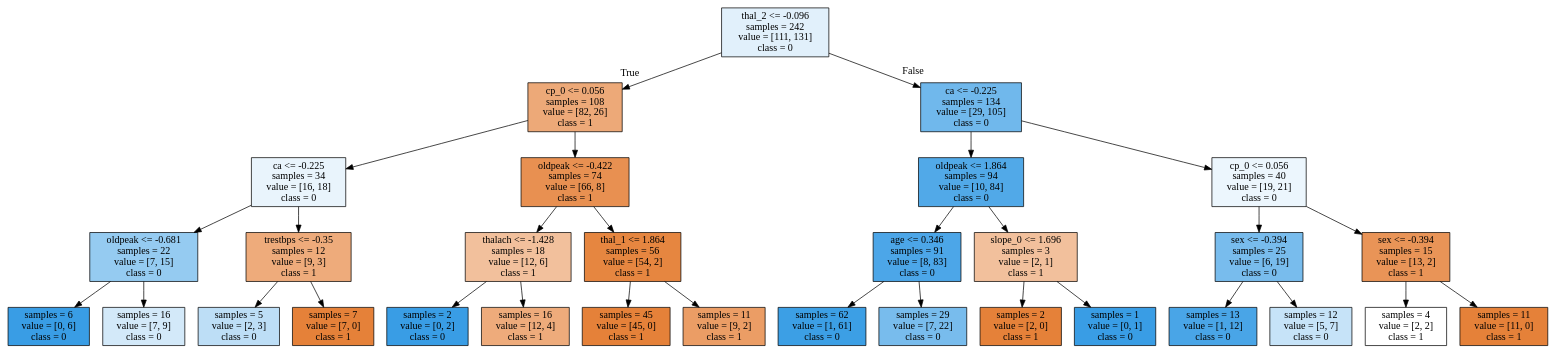
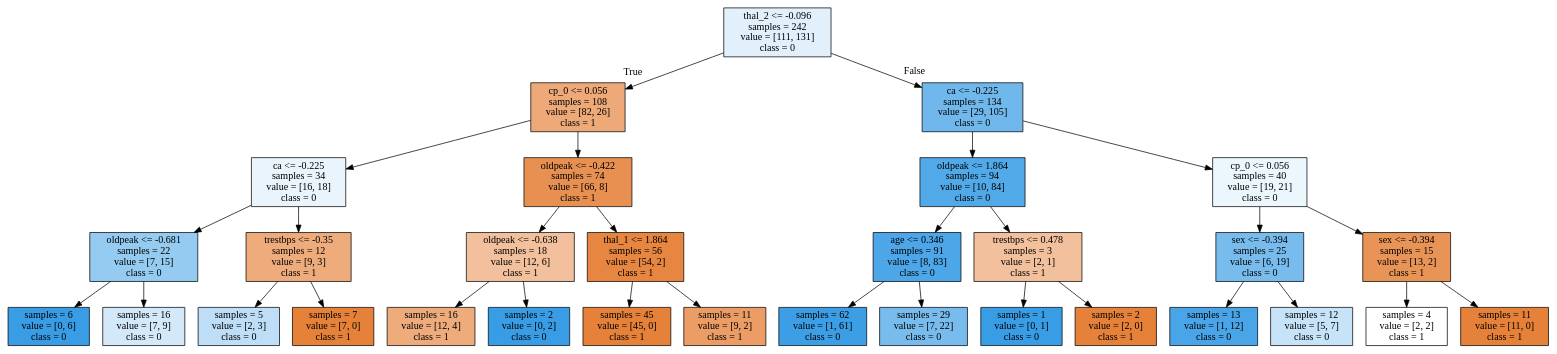
Before and after one commit to tuncergurel/heartdisease: the diagram in dt.gv, drawn with Graphviz. The commit also changed 2 other files, not shown here.

```diff
--- a/dt.gv
+++ b/dt.gv
@@ -1,64 +1,64 @@
 digraph Tree {
 node [shape=box, style="filled", color="black"] ;
 0 [label="thal_2 <= -0.096\nsamples = 242\nvalue = [111, 131]\nclass = 0", fillcolor="#e1f0fb"] ;
 1 [label="cp_0 <= 0.056\nsamples = 108\nvalue = [82, 26]\nclass = 1", fillcolor="#eda978"] ;
 0 -> 1 [labeldistance=2.5, labelangle=45, headlabel="True"] ;
 2 [label="ca <= -0.225\nsamples = 34\nvalue = [16, 18]\nclass = 0", fillcolor="#e9f4fc"] ;
 1 -> 2 ;
 3 [label="oldpeak <= -0.681\nsamples = 22\nvalue = [7, 15]\nclass = 0", fillcolor="#95cbf1"] ;
 2 -> 3 ;
 4 [label="samples = 6\nvalue = [0, 6]\nclass = 0", fillcolor="#399de5"] ;
 3 -> 4 ;
 5 [label="samples = 16\nvalue = [7, 9]\nclass = 0", fillcolor="#d3e9f9"] ;
 3 -> 5 ;
 6 [label="trestbps <= -0.35\nsamples = 12\nvalue = [9, 3]\nclass = 1", fillcolor="#eeab7b"] ;
 2 -> 6 ;
 7 [label="samples = 5\nvalue = [2, 3]\nclass = 0", fillcolor="#bddef6"] ;
 6 -> 7 ;
 8 [label="samples = 7\nvalue = [7, 0]\nclass = 1", fillcolor="#e58139"] ;
 6 -> 8 ;
 9 [label="oldpeak <= -0.422\nsamples = 74\nvalue = [66, 8]\nclass = 1", fillcolor="#e89051"] ;
 1 -> 9 ;
-10 [label="thalach <= -1.428\nsamples = 18\nvalue = [12, 6]\nclass = 1", fillcolor="#f2c09c"] ;
+10 [label="oldpeak <= -0.638\nsamples = 18\nvalue = [12, 6]\nclass = 1", fillcolor="#f2c09c"] ;
 9 -> 10 ;
-11 [label="samples = 2\nvalue = [0, 2]\nclass = 0", fillcolor="#399de5"] ;
+11 [label="samples = 16\nvalue = [12, 4]\nclass = 1", fillcolor="#eeab7b"] ;
 10 -> 11 ;
-12 [label="samples = 16\nvalue = [12, 4]\nclass = 1", fillcolor="#eeab7b"] ;
+12 [label="samples = 2\nvalue = [0, 2]\nclass = 0", fillcolor="#399de5"] ;
 10 -> 12 ;
 13 [label="thal_1 <= 1.864\nsamples = 56\nvalue = [54, 2]\nclass = 1", fillcolor="#e68640"] ;
 9 -> 13 ;
 14 [label="samples = 45\nvalue = [45, 0]\nclass = 1", fillcolor="#e58139"] ;
 13 -> 14 ;
 15 [label="samples = 11\nvalue = [9, 2]\nclass = 1", fillcolor="#eb9d65"] ;
 13 -> 15 ;
 16 [label="ca <= -0.225\nsamples = 134\nvalue = [29, 105]\nclass = 0", fillcolor="#70b8ec"] ;
 0 -> 16 [labeldistance=2.5, labelangle=-45, headlabel="False"] ;
 17 [label="oldpeak <= 1.864\nsamples = 94\nvalue = [10, 84]\nclass = 0", fillcolor="#51a9e8"] ;
 16 -> 17 ;
 18 [label="age <= 0.346\nsamples = 91\nvalue = [8, 83]\nclass = 0", fillcolor="#4ca6e8"] ;
 17 -> 18 ;
 19 [label="samples = 62\nvalue = [1, 61]\nclass = 0", fillcolor="#3c9fe5"] ;
 18 -> 19 ;
 20 [label="samples = 29\nvalue = [7, 22]\nclass = 0", fillcolor="#78bced"] ;
 18 -> 20 ;
-21 [label="slope_0 <= 1.696\nsamples = 3\nvalue = [2, 1]\nclass = 1", fillcolor="#f2c09c"] ;
+21 [label="trestbps <= 0.478\nsamples = 3\nvalue = [2, 1]\nclass = 1", fillcolor="#f2c09c"] ;
 17 -> 21 ;
-22 [label="samples = 2\nvalue = [2, 0]\nclass = 1", fillcolor="#e58139"] ;
+22 [label="samples = 1\nvalue = [0, 1]\nclass = 0", fillcolor="#399de5"] ;
 21 -> 22 ;
-23 [label="samples = 1\nvalue = [0, 1]\nclass = 0", fillcolor="#399de5"] ;
+23 [label="samples = 2\nvalue = [2, 0]\nclass = 1", fillcolor="#e58139"] ;
 21 -> 23 ;
 24 [label="cp_0 <= 0.056\nsamples = 40\nvalue = [19, 21]\nclass = 0", fillcolor="#ecf6fd"] ;
 16 -> 24 ;
 25 [label="sex <= -0.394\nsamples = 25\nvalue = [6, 19]\nclass = 0", fillcolor="#78bced"] ;
 24 -> 25 ;
 26 [label="samples = 13\nvalue = [1, 12]\nclass = 0", fillcolor="#49a5e7"] ;
 25 -> 26 ;
 27 [label="samples = 12\nvalue = [5, 7]\nclass = 0", fillcolor="#c6e3f8"] ;
 25 -> 27 ;
 28 [label="sex <= -0.394\nsamples = 15\nvalue = [13, 2]\nclass = 1", fillcolor="#e99457"] ;
 24 -> 28 ;
 29 [label="samples = 4\nvalue = [2, 2]\nclass = 1", fillcolor="#ffffff"] ;
 28 -> 29 ;
 30 [label="samples = 11\nvalue = [11, 0]\nclass = 1", fillcolor="#e58139"] ;
 28 -> 30 ;
 }
```
